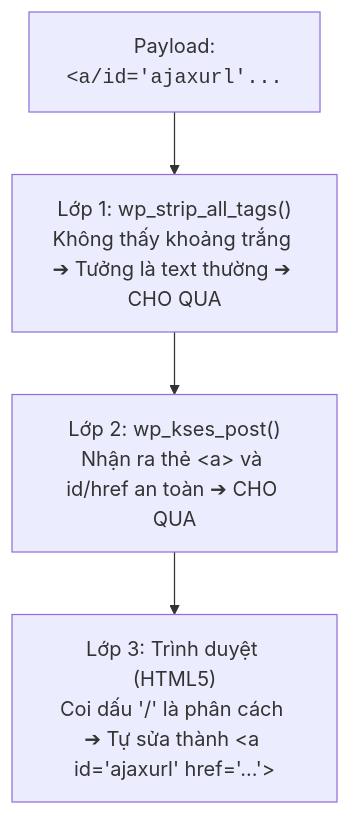
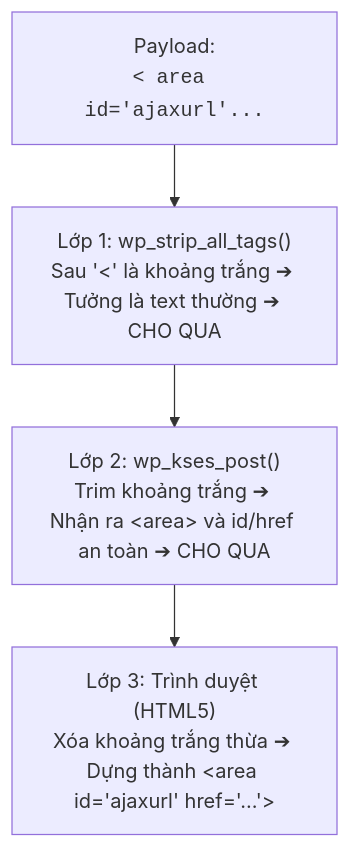
One commit to minhmd25/minhmd25.github.io changed the second of 3 diagrams in _posts/2026-08-09-xss2shell-cve-2026-64638.md. Above: the diagram before and after it, drawn with Mermaid. The commit also changed other lines of this file, not shown here.

````diff
--- a/_posts/2026-08-09-xss2shell-cve-2026-64638.md
+++ b/_posts/2026-08-09-xss2shell-cve-2026-64638.md
@@ -124,6 +122,6 @@
 ```mermaid
 flowchart TD
-    A["Payload:<br><code>&lt;a/id='ajaxurl'...</code>"] --> L1["Lớp 1: wp_strip_all_tags()<br>Không thấy khoảng trắng ➔ Tưởng là text thường ➔ CHO QUA"]
-    L1 --> L2["Lớp 2: wp_kses_post()<br>Nhận ra thẻ &lt;a&gt; và id/href an toàn ➔ CHO QUA"]
-    L2 --> L3["Lớp 3: Trình duyệt (HTML5)<br>Coi dấu '/' là phân cách ➔ Tự sửa thành &lt;a id='ajaxurl' href='...'&gt;"]
+    A["Payload:<br><code>&lt; area id='ajaxurl'...</code>"] --> L1["Lớp 1: wp_strip_all_tags()<br>Sau '&lt;' là khoảng trắng ➔ Tưởng là text thường ➔ CHO QUA"]
+    L1 --> L2["Lớp 2: wp_kses_post()<br>Trim khoảng trắng ➔ Nhận ra &lt;area&gt; và id/href an toàn ➔ CHO QUA"]
+    L2 --> L3["Lớp 3: Trình duyệt (HTML5)<br>Xóa khoảng trắng thừa ➔ Dựng thành &lt;area id='ajaxurl' href='...'&gt;"]
 ```
````
